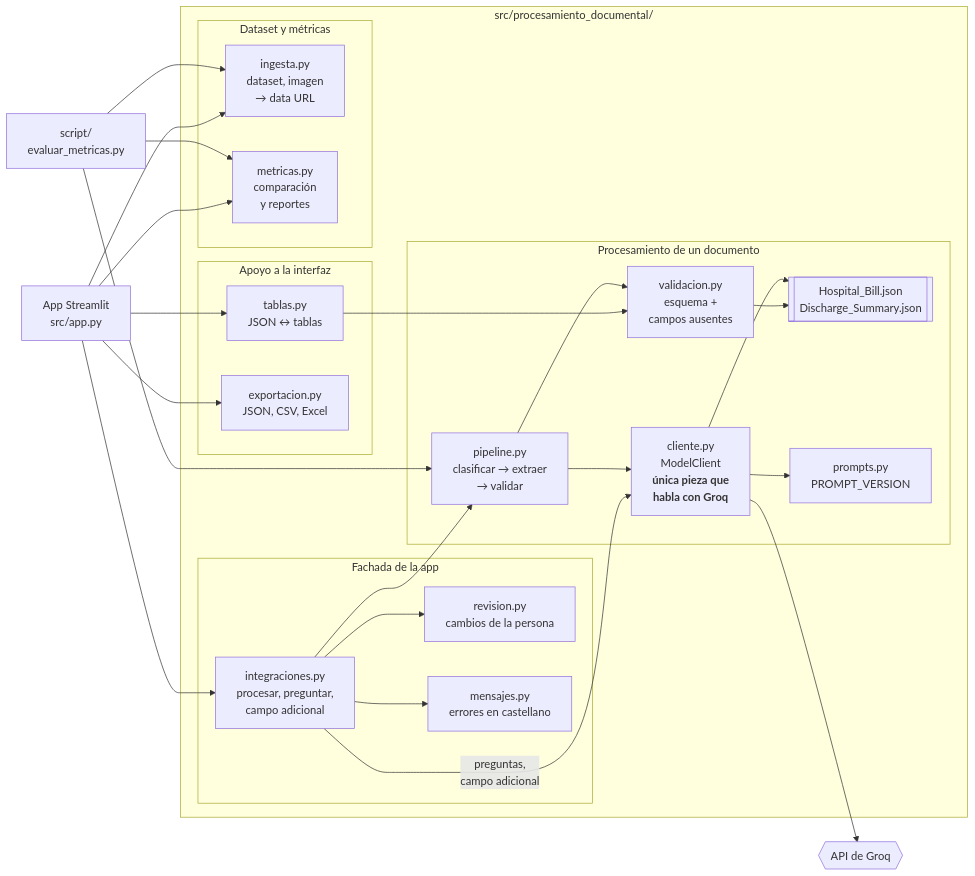
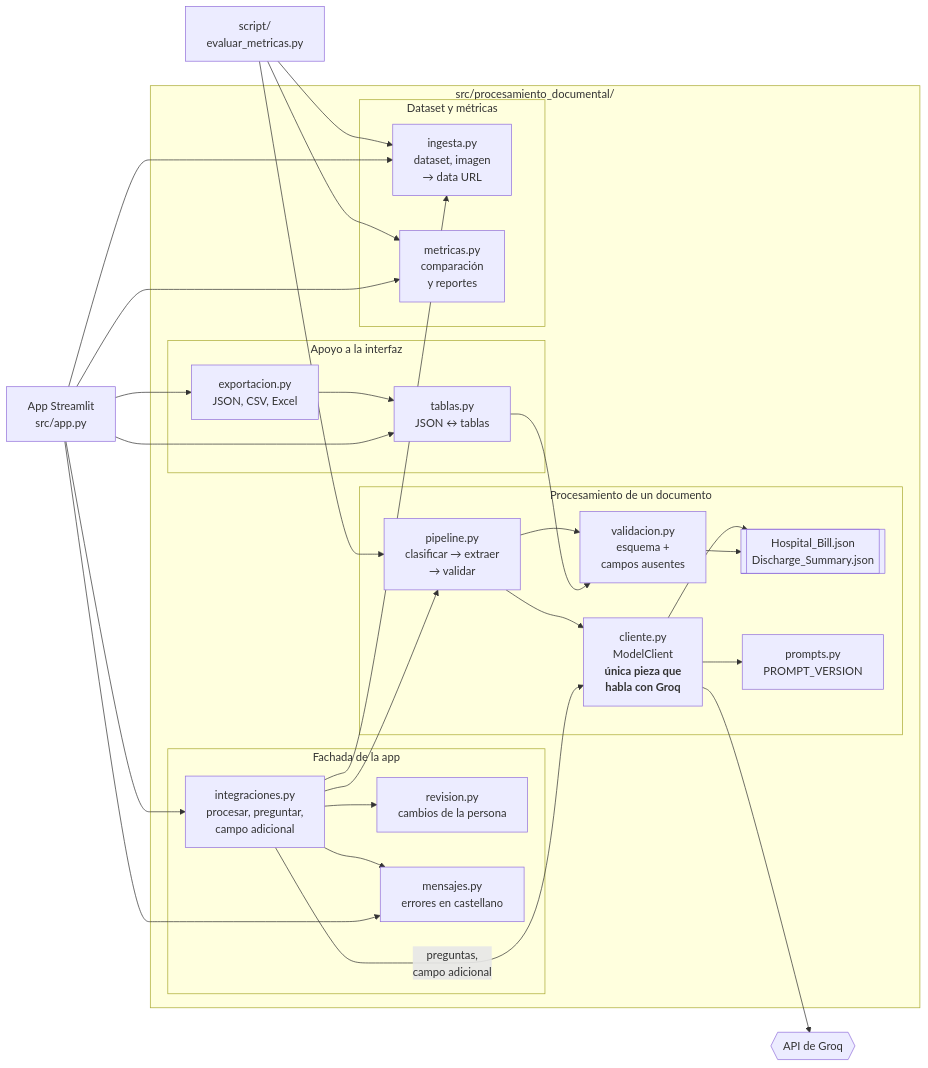
The second of 2 diagrams in entregas/cu-11-procesamiento-documental/ARCHITECTURE.md (HectorBarro/piia2-26), drawn with Mermaid before and after one commit. The commit also changed other lines of this file and 7 other files, not shown here.

First line of the commit message:
Entrega 2 CU-11: ADRs de la solución y correcciones del diagrama

````diff
--- a/entregas/cu-11-procesamiento-documental/ARCHITECTURE.md
+++ b/entregas/cu-11-procesamiento-documental/ARCHITECTURE.md
@@ -59,50 +59,53 @@
 ```mermaid
 flowchart LR
     APP["App Streamlit<br/>src/app.py"]
     SCR["script/<br/>evaluar_metricas.py"]
 
     subgraph SRC["src/procesamiento_documental/"]
         subgraph APOYO["Apoyo a la interfaz"]
             TAB["tablas.py<br/>JSON ↔ tablas"]
             EXP["exportacion.py<br/>JSON, CSV, Excel"]
         end
         subgraph CONSULTA["Fachada de la app"]
             INT["integraciones.py<br/>procesar, preguntar,<br/>campo adicional"]
             REV["revision.py<br/>cambios de la persona"]
             MSG["mensajes.py<br/>errores en castellano"]
         end
         subgraph NUCLEO["Procesamiento de un documento"]
             PIPE["pipeline.py<br/>clasificar → extraer<br/>→ validar"]
             CLI["cliente.py<br/>ModelClient<br/><b>única pieza que<br/>habla con Groq</b>"]
             VAL["validacion.py<br/>esquema +<br/>campos ausentes"]
             ESQ[["Hospital_Bill.json<br/>Discharge_Summary.json"]]
             PRO["prompts.py<br/>PROMPT_VERSION"]
         end
         subgraph DATOS["Dataset y métricas"]
             ING["ingesta.py<br/>dataset, imagen<br/>→ data URL"]
             MET["metricas.py<br/>comparación<br/>y reportes"]
         end
     end
 
     GROQ{{"API de Groq"}}
 
     APP --> TAB
     APP --> EXP
     APP --> INT
     APP --> ING
     APP --> MET
+    APP --> MSG
     SCR --> PIPE
     SCR --> ING
     SCR --> MET
     INT --> REV
     INT --> MSG
     INT --> PIPE
+    INT --> ING
+    EXP --> TAB
     INT -- "preguntas,<br/>campo adicional" --> CLI
     TAB --> VAL
     PIPE --> VAL
     PIPE --> CLI
     VAL --> ESQ
     CLI --> ESQ
     CLI --> PRO
     CLI --> GROQ
 ```
````
